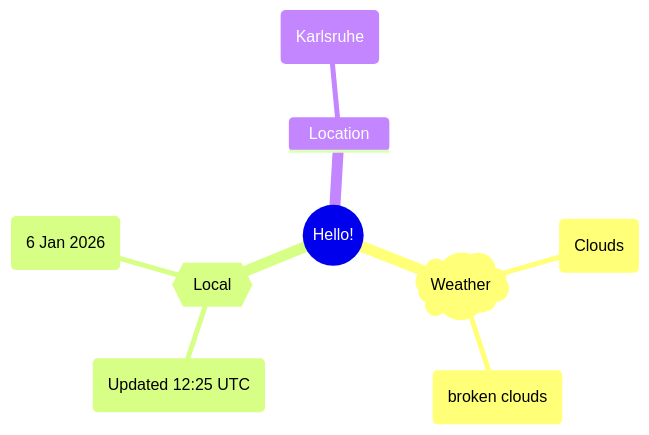
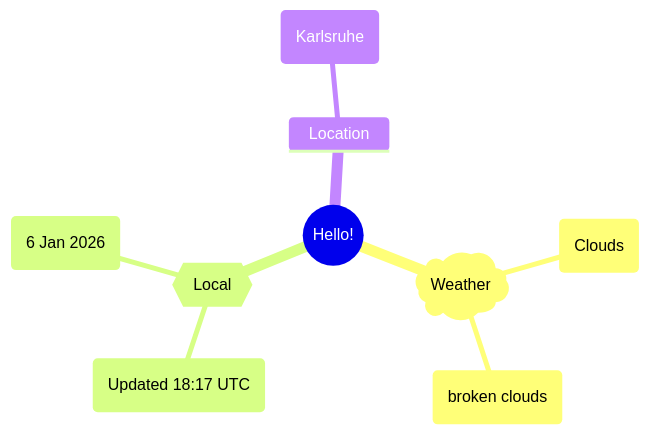
One commit to Xosrov/Xosrov changed the first of 2 diagrams in README.md. Above: the diagram before and after it, drawn with Mermaid.

Commit message:
[bot] updated images

````diff
--- a/README.md
+++ b/README.md
@@ -3,12 +3,12 @@
 ```mermaid
 mindmap
   root((Hello!))
     )Weather(
         (Clouds)
         (broken clouds)
     {{Local}}
-        (Updated 12:25 UTC)
+        (Updated 18:17 UTC)
         (6 Jan 2026)
     Location
         (Karlsruhe)
 ```
````
